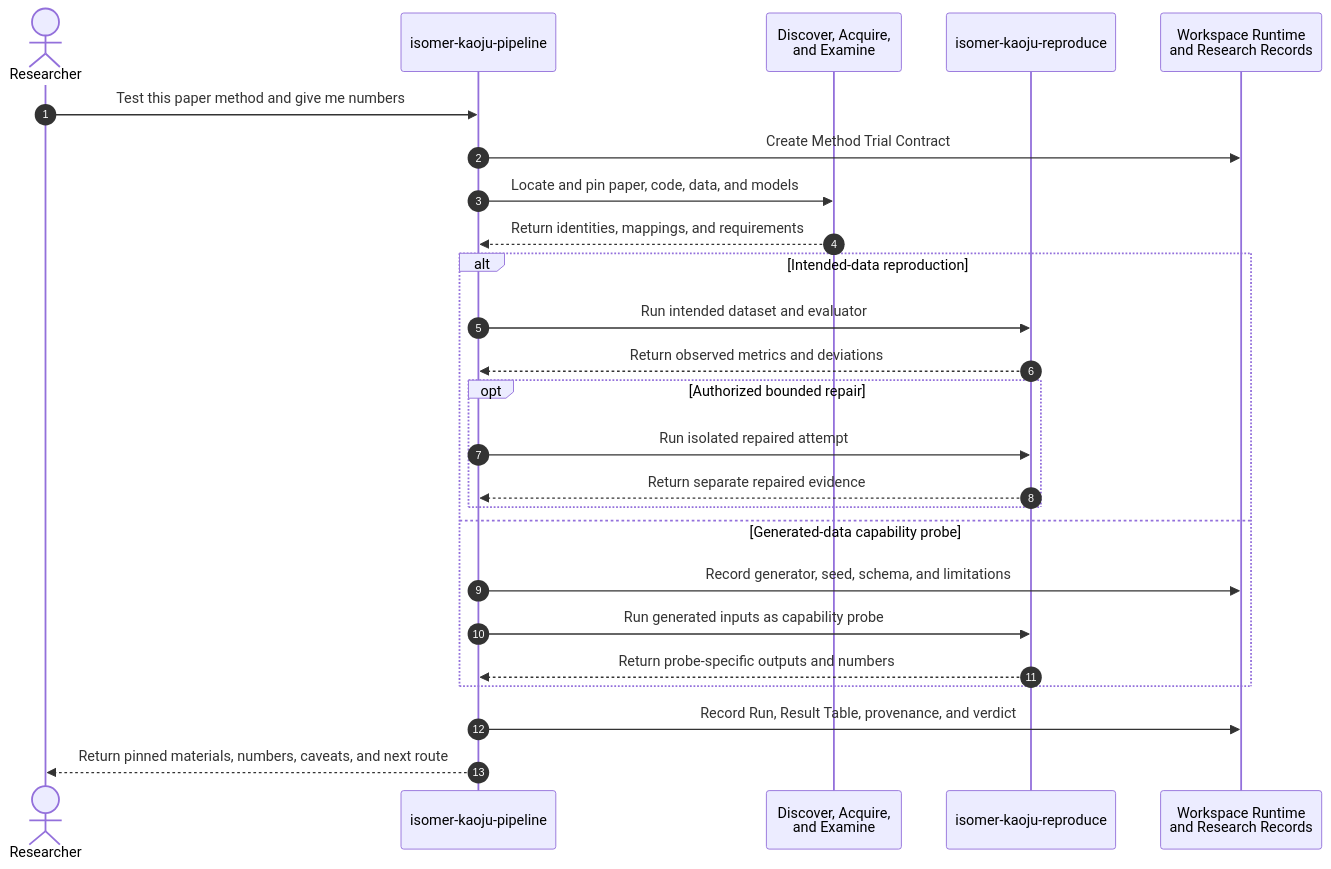
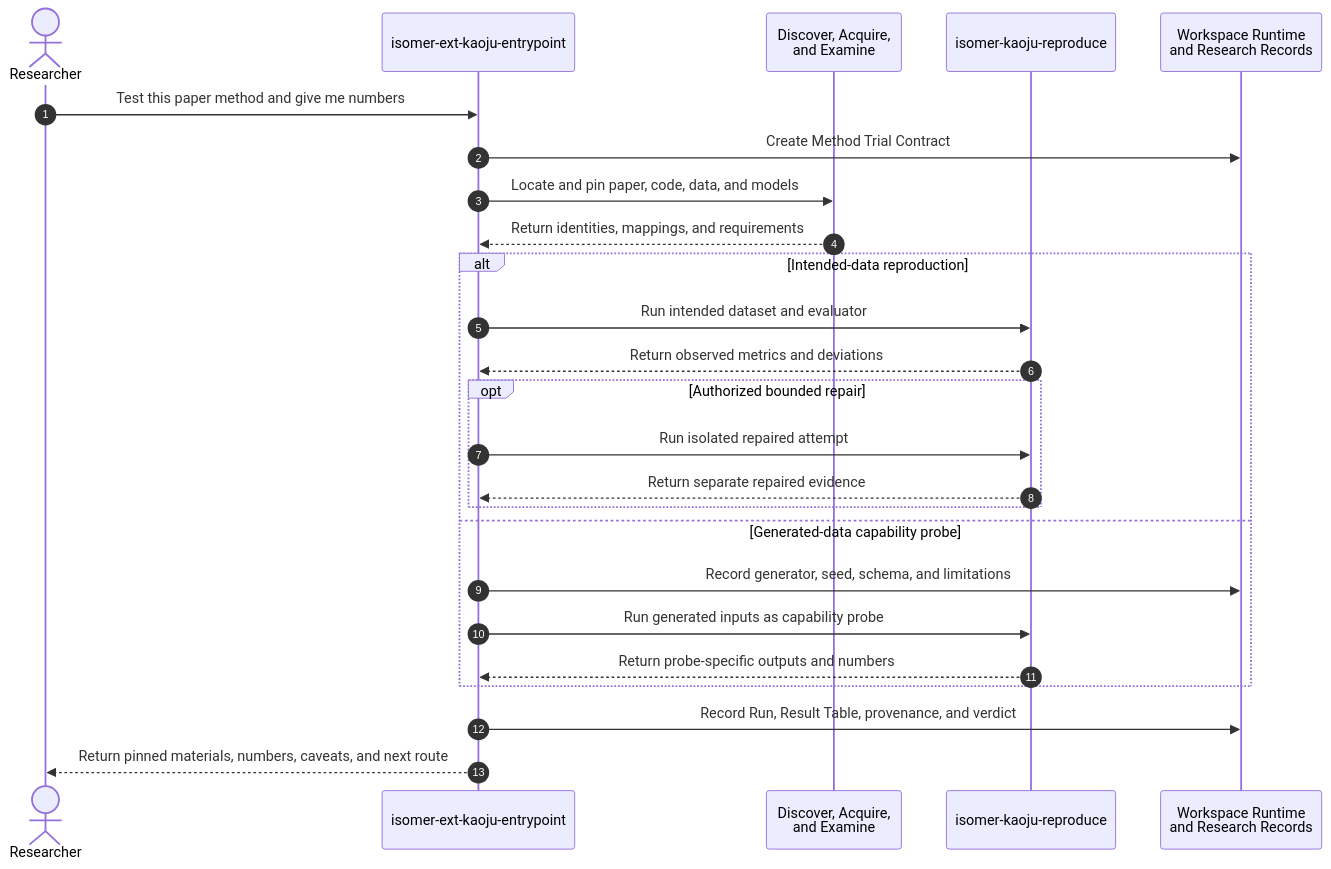
One commit to CodeGandee/isomer-labs changed the second of 2 diagrams in context/features/2026-07-10-kaoju-research-extension/usecases/uc-05-test-a-paper-method-with-real-or-generated-data.md. Above: the diagram before and after it, drawn with Mermaid. The commit also changed 1479 other files, not shown here.

````diff
--- a/context/features/2026-07-10-kaoju-research-extension/usecases/uc-05-test-a-paper-method-with-real-or-generated-data.md
+++ b/context/features/2026-07-10-kaoju-research-extension/usecases/uc-05-test-a-paper-method-with-real-or-generated-data.md
@@ -110,28 +110,28 @@
 ```mermaid
 sequenceDiagram
   autonumber
   actor User as Researcher
-  participant Pipeline as isomer-kaoju-pipeline
+  participant Pipeline as isomer-ext-kaoju-entrypoint
   participant Sources as Discover, Acquire,<br/>and Examine
   participant Execute as isomer-kaoju-reproduce
   participant Records as Workspace Runtime<br/>and Research Records
 
   User->>Pipeline: Test this paper method and give me numbers
   Pipeline->>Records: Create Method Trial Contract
   Pipeline->>Sources: Locate and pin paper, code, data, and models
   Sources-->>Pipeline: Return identities, mappings, and requirements
   alt Intended-data reproduction
     Pipeline->>Execute: Run intended dataset and evaluator
     Execute-->>Pipeline: Return observed metrics and deviations
     opt Authorized bounded repair
       Pipeline->>Execute: Run isolated repaired attempt
       Execute-->>Pipeline: Return separate repaired evidence
     end
   else Generated-data capability probe
     Pipeline->>Records: Record generator, seed, schema, and limitations
     Pipeline->>Execute: Run generated inputs as capability probe
     Execute-->>Pipeline: Return probe-specific outputs and numbers
   end
   Pipeline->>Records: Record Run, Result Table, provenance, and verdict
   Pipeline-->>User: Return pinned materials, numbers, caveats, and next route
 ```
````
